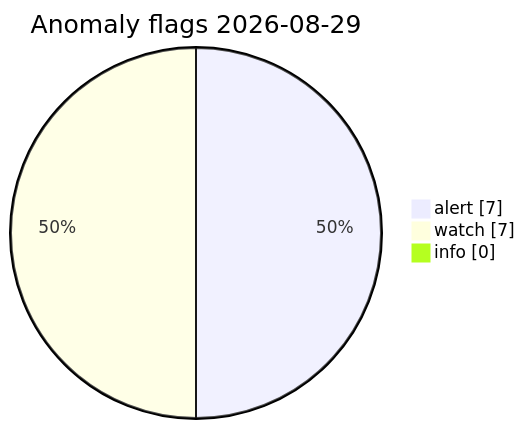
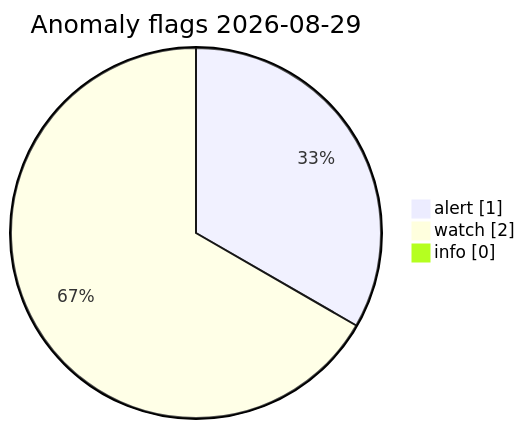
The diagram in visuals/2026-08-29/CHARTS.md (Midwest-Stratospheric/Unified-Open-Global-Weather), drawn with Mermaid before and after one commit. The commit also changed other lines of this file and 13 other files, not shown here.

Commit message:
data(visuals): automated charts 2026-08-29T09:34Z

````diff
--- a/visuals/2026-08-29/CHARTS.md
+++ b/visuals/2026-08-29/CHARTS.md
@@ -73,7 +73,7 @@
 ```mermaid
 pie showData
   title Anomaly flags 2026-08-29
-  "alert" : 7
-  "watch" : 7
+  "alert" : 1
+  "watch" : 2
   "info" : 0
 ```
````
